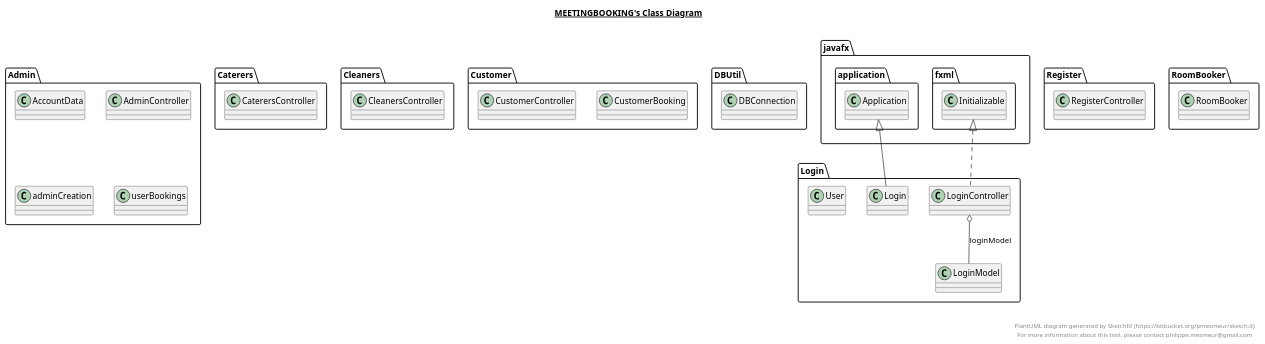
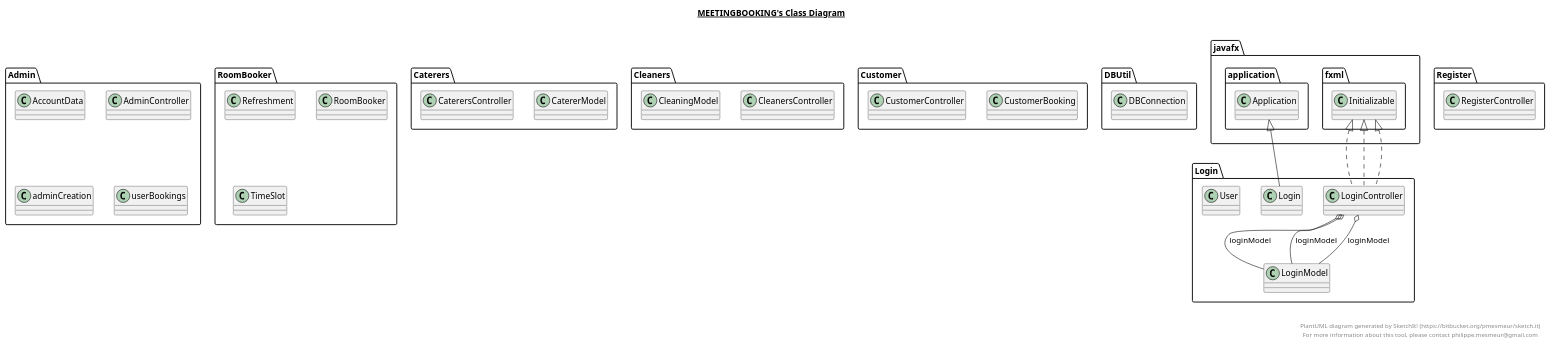
One commit to hegde-atri/meetingBooking changed the diagram in meetingBooking.plantuml. Above: the diagram before and after it, drawn with PlantUML. The commit also changed 30 other files, not shown here.

```diff
--- a/meetingBooking.plantuml
+++ b/meetingBooking.plantuml
@@ -4,6 +4,30 @@
 
   namespace Admin {
     class Admin.AccountData {
+    }
+  }
+  
+
+  namespace Admin {
+    class Admin.AccountData {
+    }
+  }
+  
+
+  namespace Admin {
+    class Admin.AdminController {
+    }
+  }
+  
+
+  namespace Admin {
+    class Admin.AdminController {
+    }
+  }
+  
+
+  namespace Admin {
+    class Admin.AdminController {
     }
   }
   
@@ -21,7 +45,31 @@
   
 
   namespace Admin {
+    class Admin.adminCreation {
+    }
+  }
+  
+
+  namespace Admin {
     class Admin.userBookings {
+    }
+  }
+  
+
+  namespace Admin {
+    class Admin.userBookings {
+    }
+  }
+  
+
+  namespace Admin {
+    class Admin.userBookings {
+    }
+  }
+  
+
+  namespace Caterers {
+    class Caterers.CatererModel {
     }
   }
   
@@ -38,8 +86,68 @@
   }
   
 
+  namespace Cleaners {
+    class Cleaners.CleaningModel {
+    }
+  }
+  
+
+  namespace Cleaners {
+    class Cleaners.CleaningModel {
+    }
+  }
+  
+
   namespace Customer {
     class Customer.CustomerBooking {
+    }
+  }
+  
+
+  namespace Customer {
+    class Customer.CustomerBooking {
+    }
+  }
+  
+
+  namespace Customer {
+    class Customer.CustomerBooking {
+    }
+  }
+  
+
+  namespace Customer {
+    class Customer.CustomerBooking {
+    }
+  }
+  
+
+  namespace Customer {
+    class Customer.CustomerBooking {
+    }
+  }
+  
+
+  namespace Customer {
+    class Customer.CustomerBooking {
+    }
+  }
+  
+
+  namespace Customer {
+    class Customer.CustomerBooking {
+    }
+  }
+  
+
+  namespace Customer {
+    class Customer.CustomerController {
+    }
+  }
+  
+
+  namespace Customer {
+    class Customer.CustomerController {
     }
   }
   
@@ -69,7 +177,49 @@
   
 
   namespace Login {
+    class Login.LoginController {
+    }
+  }
+  
+
+  namespace Login {
+    class Login.LoginController {
+    }
+  }
+  
+
+  namespace Login {
     class Login.LoginModel {
+    }
+  }
+  
+
+  namespace Login {
+    class Login.LoginModel {
+    }
+  }
+  
+
+  namespace Login {
+    class Login.LoginModel {
+    }
+  }
+  
+
+  namespace Login {
+    class Login.LoginModel {
+    }
+  }
+  
+
+  namespace Login {
+    class Login.User {
+    }
+  }
+  
+
+  namespace Login {
+    class Login.User {
     }
   }
   
@@ -86,13 +236,47 @@
   }
   
 
+  namespace Register {
+    class Register.RegisterController {
+    }
+  }
+  
+
+  namespace RoomBooker {
+    class RoomBooker.Refreshment {
+    }
+  }
+  
+
   namespace RoomBooker {
     class RoomBooker.RoomBooker {
     }
   }
   
 
+  namespace RoomBooker {
+    class RoomBooker.RoomBooker {
+    }
+  }
+  
+
+  namespace RoomBooker {
+    class RoomBooker.RoomBooker {
+    }
+  }
+  
+
+  namespace RoomBooker {
+    class RoomBooker.TimeSlot {
+    }
+  }
+  
+
   Login.Login -up-|> javafx.application.Application
+  Login.LoginController .up.|> javafx.fxml.Initializable
+  Login.LoginController o-- Login.LoginModel : loginModel
+  Login.LoginController .up.|> javafx.fxml.Initializable
+  Login.LoginController o-- Login.LoginModel : loginModel
   Login.LoginController .up.|> javafx.fxml.Initializable
   Login.LoginController o-- Login.LoginModel : loginModel
 
```
